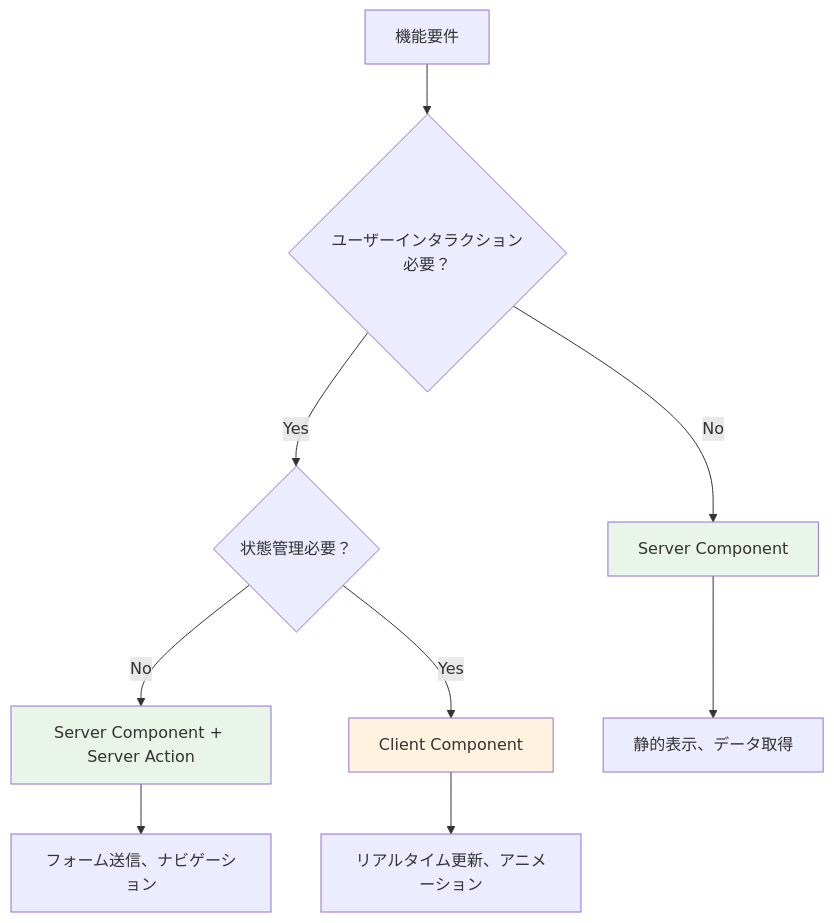
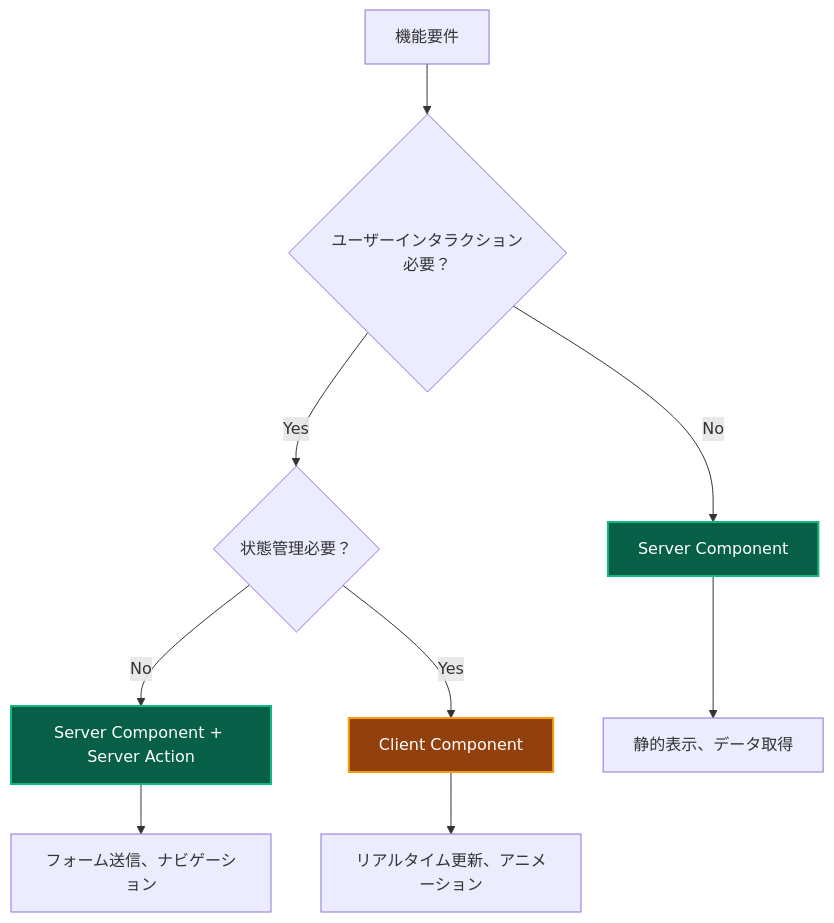
Before and after one commit to derushio/d-next-ddd-example: the second of 3 diagrams in _DOCS/guides/ddd/layers/presentation-layer.md, drawn with Mermaid. The commit also changed other lines of this file and 31 other files, not shown here.

Commit message:
🎨: DOCSのMermaid図表カラーテーマを暗色に統一し視認性を向上

````diff
--- a/_DOCS/guides/ddd/layers/presentation-layer.md
+++ b/_DOCS/guides/ddd/layers/presentation-layer.md
@@ -404,16 +404,16 @@
 ```mermaid
 graph TD
     A[機能要件] --> B{ユーザーインタラクション必要？}
     B -->|No| C[Server Component]
     B -->|Yes| D{状態管理必要？}
     D -->|No| E[Server Component + Server Action]
     D -->|Yes| F[Client Component]
     
     C --> G[静的表示、データ取得]
     E --> H[フォーム送信、ナビゲーション]
     F --> I[リアルタイム更新、アニメーション]
     
-    style C fill:#e8f5e8
-    style E fill:#e8f5e8
-    style F fill:#fff3e0
+    style C fill:#065f46,stroke:#10b981,stroke-width:2px,color:#ffffff
+    style E fill:#065f46,stroke:#10b981,stroke-width:2px,color:#ffffff
+    style F fill:#92400e,stroke:#f59e0b,stroke-width:2px,color:#ffffff
 ```
````
